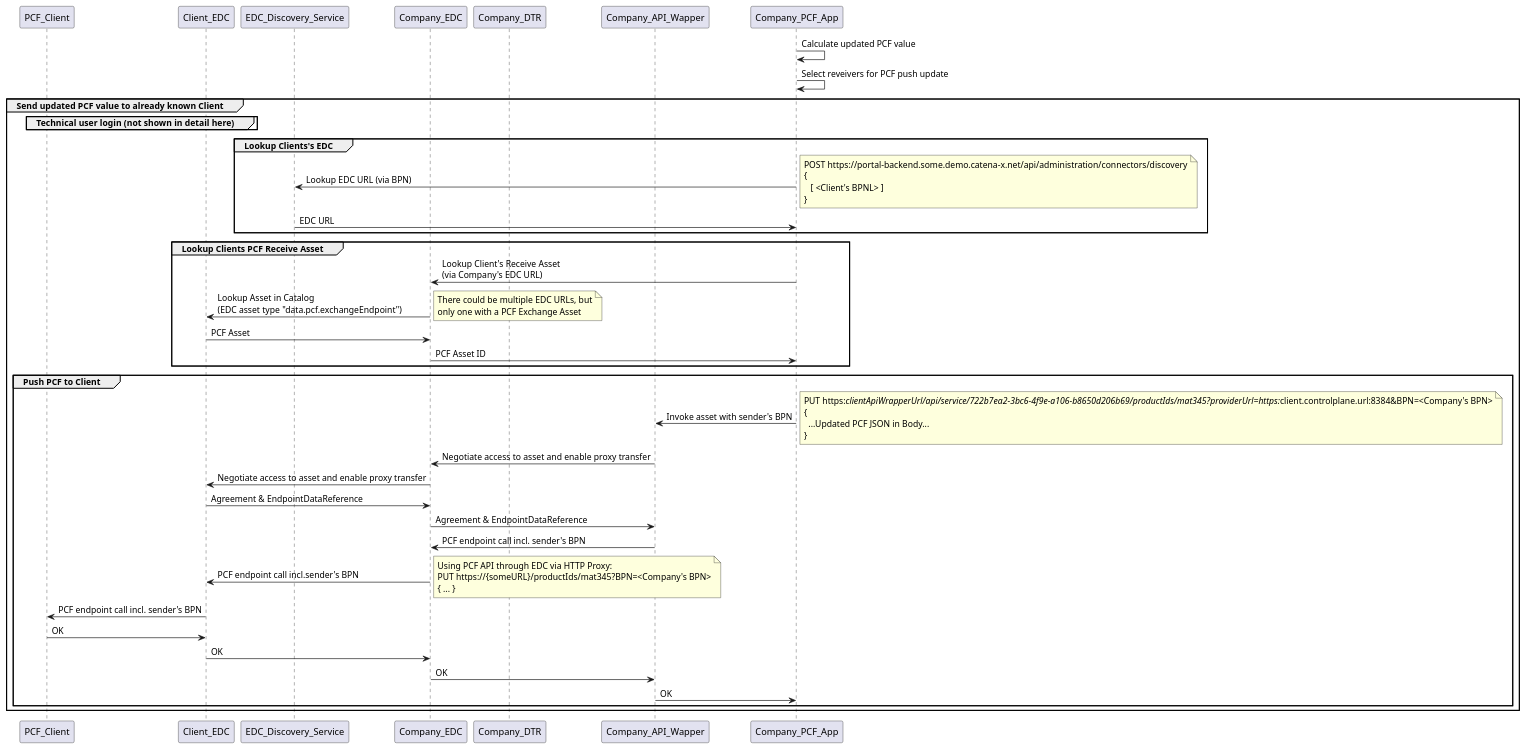
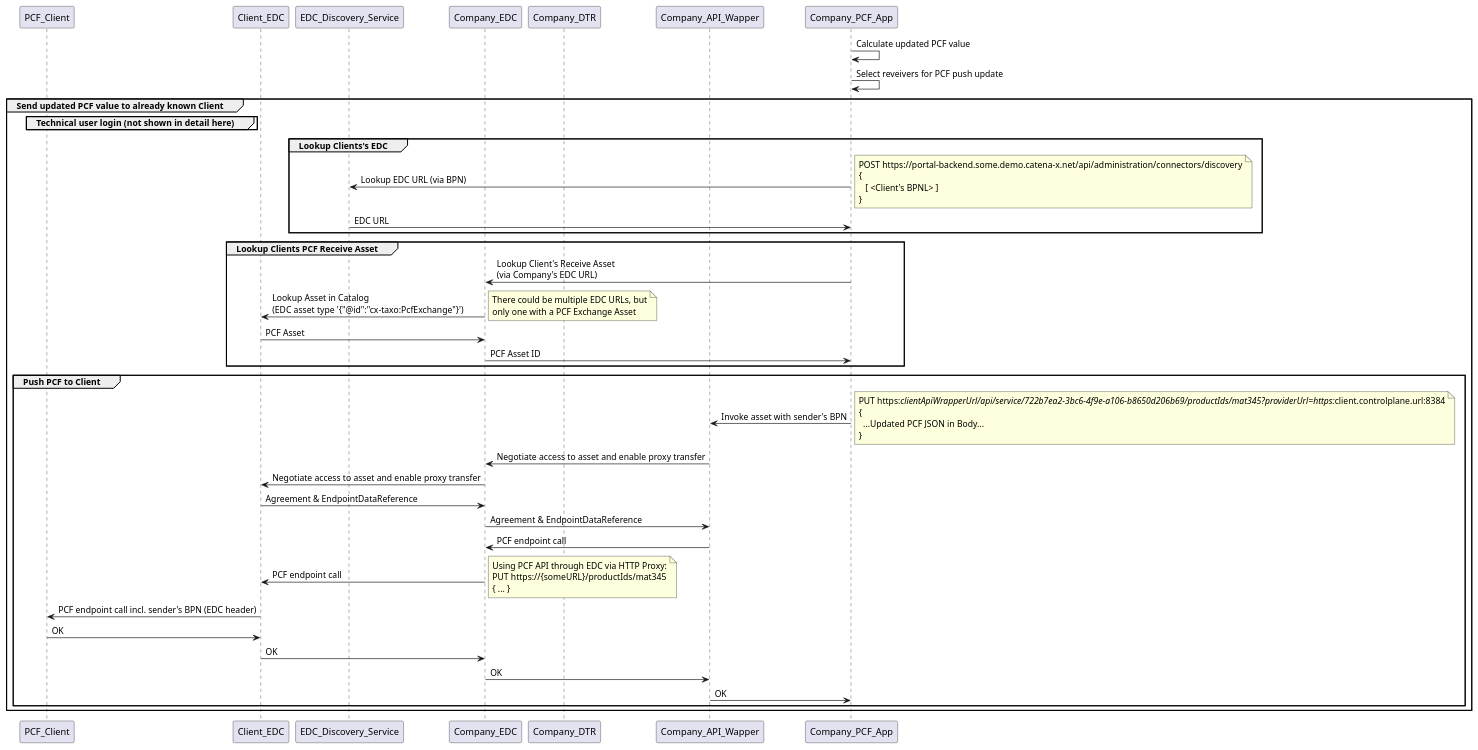
The diagram in docs-kits/kits/PCF Exchange Kit/resources/development-view/PCFUpdate.puml (eclipse-tractusx/eclipse-tractusx.github.io), drawn with PlantUML before and after one commit. The commit also changed 10 other files, not shown here.

Commit message:
Update sequence charts.

```diff
--- a/docs-kits/kits/PCF Exchange Kit/resources/development-view/PCFUpdate.puml
+++ b/docs-kits/kits/PCF Exchange Kit/resources/development-view/PCFUpdate.puml
@@ -1,68 +1,68 @@
 @startuml "PCF Update pushed through EDC"
 
 participant PCF_Client
 participant Client_EDC
 participant EDC_Discovery_Service
 participant Company_EDC
 participant Company_DTR
 participant Company_API_Wapper
 participant Company_PCF_App
 
 Company_PCF_App -> Company_PCF_App: Calculate updated PCF value
 Company_PCF_App -> Company_PCF_App: Select reveivers for PCF push update
 
 group Send updated PCF value to already known Client
 
 group Technical user login (not shown in detail here)
 end
 
 group Lookup Clients's EDC
 Company_PCF_App -> EDC_Discovery_Service: Lookup EDC URL (via BPN)
 note right
 POST https://portal-backend.some.demo.catena-x.net/api/administration/connectors/discovery
 {
    [ <Client's BPNL> ] 
 }
 end note
 EDC_Discovery_Service -> Company_PCF_App: EDC URL
 end
 
 group Lookup Clients PCF Receive Asset
 Company_PCF_App -> Company_EDC: Lookup Client's Receive Asset\n(via Company's EDC URL)
-Company_EDC -> Client_EDC: Lookup Asset in Catalog\n(EDC asset type "data.pcf.exchangeEndpoint")
+Company_EDC -> Client_EDC: Lookup Asset in Catalog\n(EDC asset type '{"@id":"cx-taxo:PcfExchange"}')
 note right
 There could be multiple EDC URLs, but
 only one with a PCF Exchange Asset
 end note
 Client_EDC -> Company_EDC: PCF Asset
 Company_EDC -> Company_PCF_App: PCF Asset ID
 end
 
 group Push PCF to Client
 Company_PCF_App -> Company_API_Wapper: Invoke asset with sender's BPN
 note right
-PUT https://clientApiWrapperUrl/api/service/722b7ea2-3bc6-4f9e-a106-b8650d206b69/productIds/mat345?providerUrl=https://client.controlplane.url:8384&BPN=<Company's BPN>
+PUT https://clientApiWrapperUrl/api/service/722b7ea2-3bc6-4f9e-a106-b8650d206b69/productIds/mat345?providerUrl=https://client.controlplane.url:8384
 {
   ...Updated PCF JSON in Body...
 }
 end note
 Company_API_Wapper -> Company_EDC: Negotiate access to asset and enable proxy transfer
 Company_EDC -> Client_EDC: Negotiate access to asset and enable proxy transfer
 Client_EDC -> Company_EDC: Agreement & EndpointDataReference
 Company_EDC -> Company_API_Wapper: Agreement & EndpointDataReference
-Company_API_Wapper -> Company_EDC: PCF endpoint call incl. sender's BPN
-Company_EDC -> Client_EDC: PCF endpoint call incl.sender's BPN
+Company_API_Wapper -> Company_EDC: PCF endpoint call
+Company_EDC -> Client_EDC: PCF endpoint call
 note right
 Using PCF API through EDC via HTTP Proxy:
-PUT https://{someURL}/productIds/mat345?BPN=<Company's BPN>
+PUT https://{someURL}/productIds/mat345
 { ... }
 end note
-Client_EDC -> PCF_Client: PCF endpoint call incl. sender's BPN
+Client_EDC -> PCF_Client: PCF endpoint call incl. sender's BPN (EDC header)
 PCF_Client -> Client_EDC: OK
 Client_EDC -> Company_EDC: OK
 Company_EDC -> Company_API_Wapper: OK
 Company_API_Wapper -> Company_PCF_App: OK
 end
 end
  
 @enduml
```
